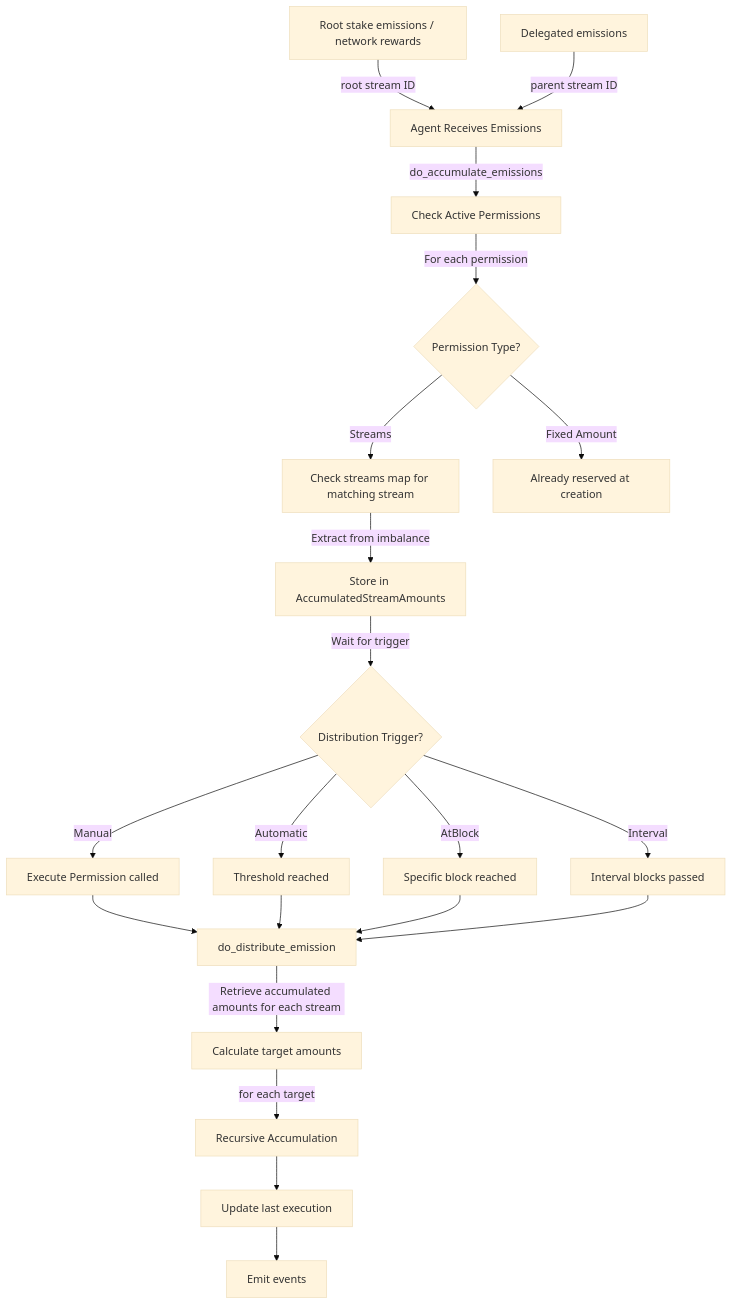
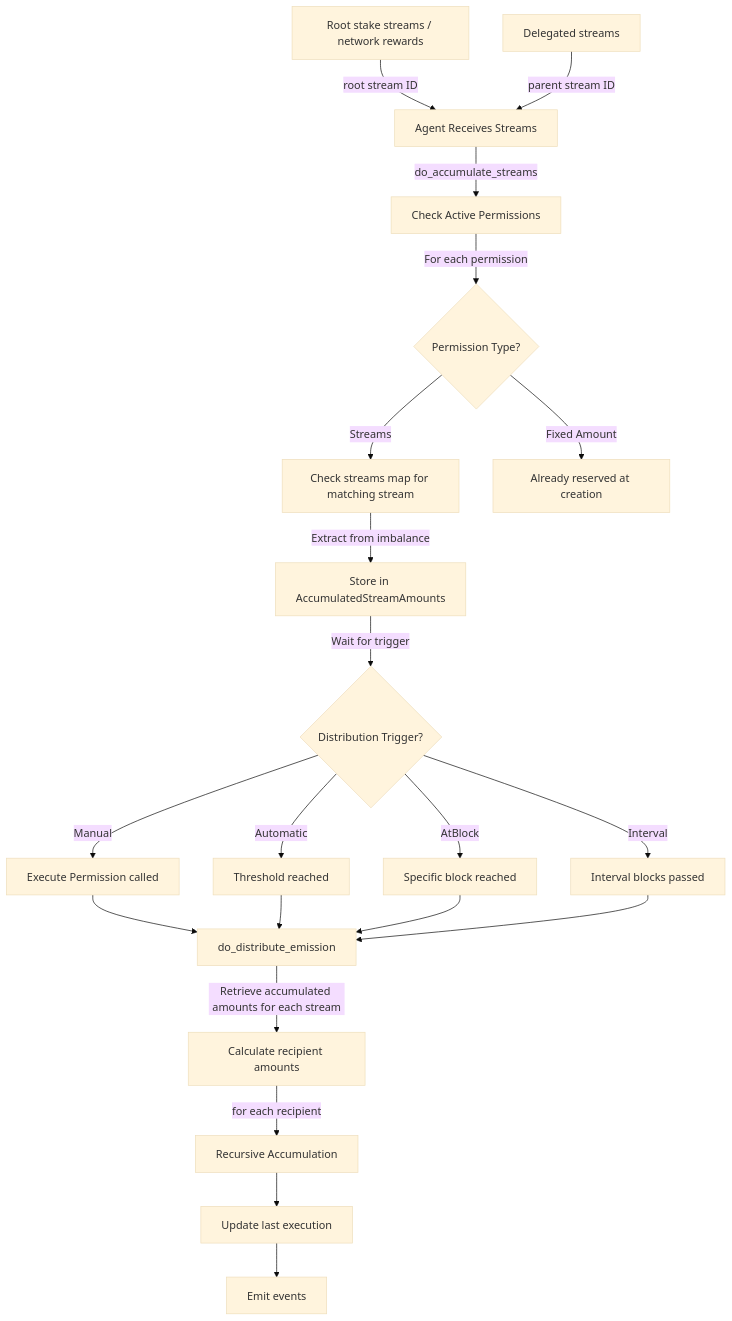
Before and after one commit to renlabs-dev/torus-substrate: the third of 3 diagrams in docs/permission0.md, drawn with Mermaid (base theme). The commit also changed other lines of this file and 3 other files, not shown here.

````diff
--- a/docs/permission0.md
+++ b/docs/permission0.md
@@ -355,23 +439,23 @@
 ```mermaid
 graph TD
-    Root[Root stake emissions / network rewards] -- root stream ID -->A
-    Delegation[Delegated emissions] -- parent stream ID -->A
-    A[Agent Receives Emissions] -->|do_accumulate_emissions| B[Check Active Permissions]
+    Root[Root stake streams / network rewards] -- root stream ID -->A
+    Delegation[Delegated streams] -- parent stream ID -->A
+    A[Agent Receives Streams] -->|do_accumulate_streams| B[Check Active Permissions]
     B -->|For each permission| C{Permission Type?}
     C -->|Streams| D[Check streams map for matching stream]
     C -->|Fixed Amount| E[Already reserved at creation]
     D -->|Extract from imbalance| F[Store in AccumulatedStreamAmounts]
     F -->|Wait for trigger| G{Distribution Trigger?}
     G -->|Manual| H[Execute Permission called]
     G -->|Automatic| I[Threshold reached]
     G -->|AtBlock| J[Specific block reached]
     G -->|Interval| K[Interval blocks passed]
     H --> L[do_distribute_emission]
     I --> L
     J --> L
     K --> L
-    L -->|Retrieve accumulated amounts for each stream| M[Calculate target amounts]
-    M -->|for each target| N[Recursive Accumulation]
+    L -->|Retrieve accumulated amounts for each stream| M[Calculate recipient amounts]
+    M -->|for each recipient| N[Recursive Accumulation]
     N --> O[Update last execution]
     O --> P[Emit events]
 ```
````
